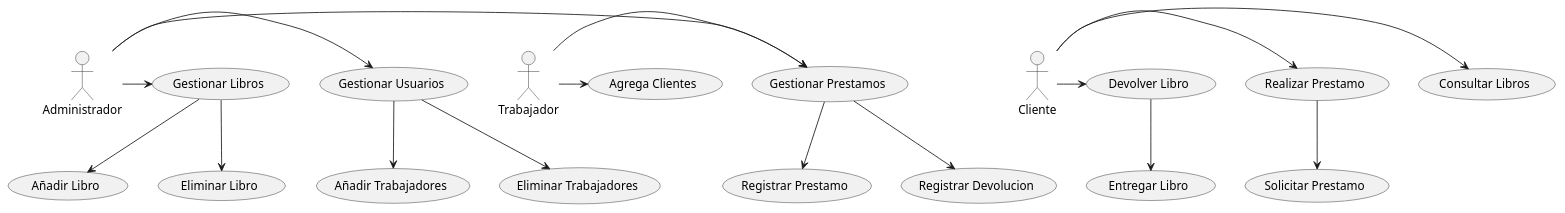
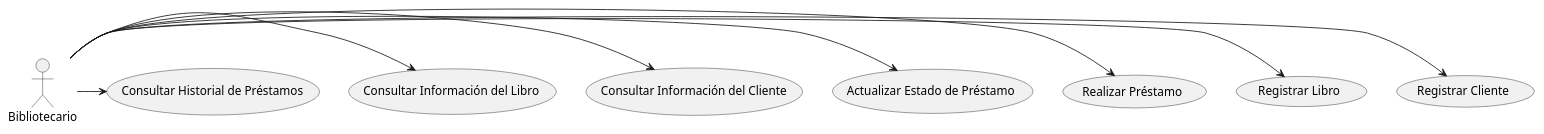
Before and after one commit to CorhuilaUniversitario/Biblioteca-Atena: the diagram in Diagramas/Diagramas_Casos.wsd, drawn with PlantUML. The commit also changed 86 other files, not shown here.

```diff
--- a/Diagramas/Diagramas_Casos.wsd
+++ b/Diagramas/Diagramas_Casos.wsd
@@ -1,26 +1,13 @@
 @startuml Diagrama_Casos
 
-actor Administrador
-actor Cliente
-actor Trabajador
+actor Bibliotecario
 
-Administrador -> (Gestionar Usuarios)
-Administrador -> (Gestionar Libros)
-Administrador -> (Gestionar Prestamos)
-Trabajador -> (Gestionar Prestamos)
-Trabajador -> (Agrega Clientes)
-
-Cliente -> (Consultar Libros)
-Cliente -> (Realizar Prestamo)
-Cliente -> (Devolver Libro)
-
-(Gestionar Usuarios) --> (Añadir Trabajadores)
-(Gestionar Usuarios) --> (Eliminar Trabajadores)
-(Gestionar Libros) --> (Añadir Libro)
-(Gestionar Libros) --> (Eliminar Libro)
-(Gestionar Prestamos) --> (Registrar Prestamo)
-(Gestionar Prestamos) --> (Registrar Devolucion)
-(Realizar Prestamo) --> (Solicitar Prestamo)
-(Devolver Libro) --> (Entregar Libro)
+Bibliotecario -> (Registrar Cliente)
+Bibliotecario -> (Registrar Libro)
+Bibliotecario -> (Realizar Préstamo)
+Bibliotecario -> (Actualizar Estado de Préstamo)
+Bibliotecario -> (Consultar Información del Cliente)
+Bibliotecario -> (Consultar Información del Libro)
+Bibliotecario -> (Consultar Historial de Préstamos)
 
 @enduml
```
